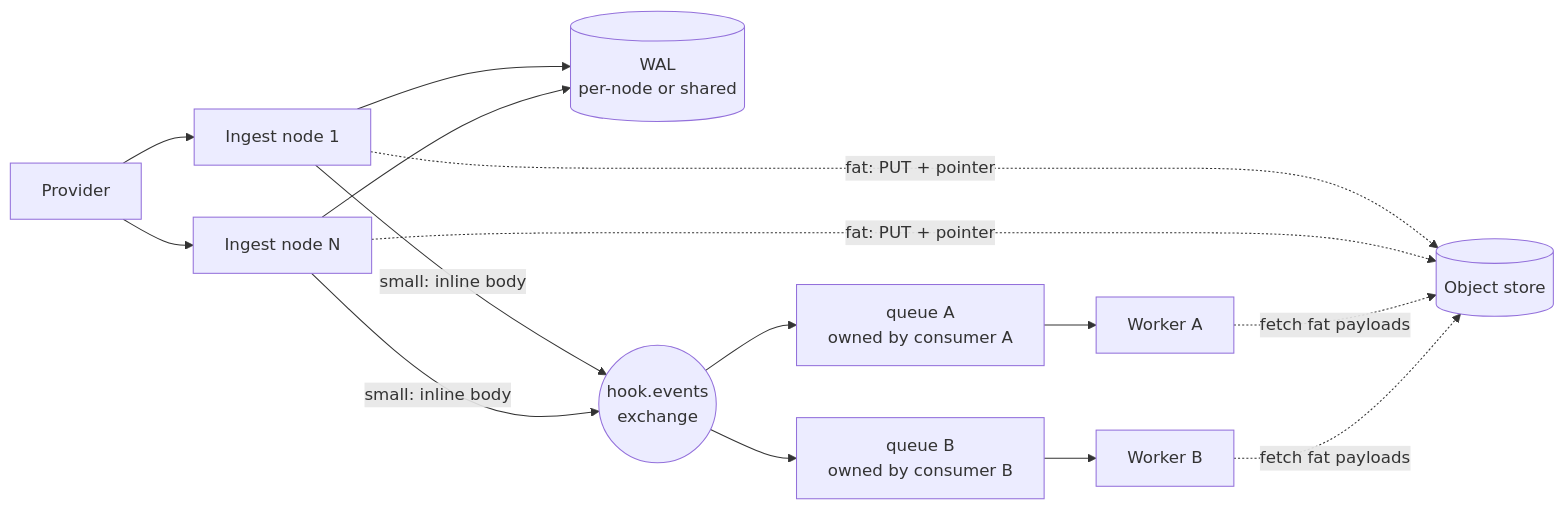
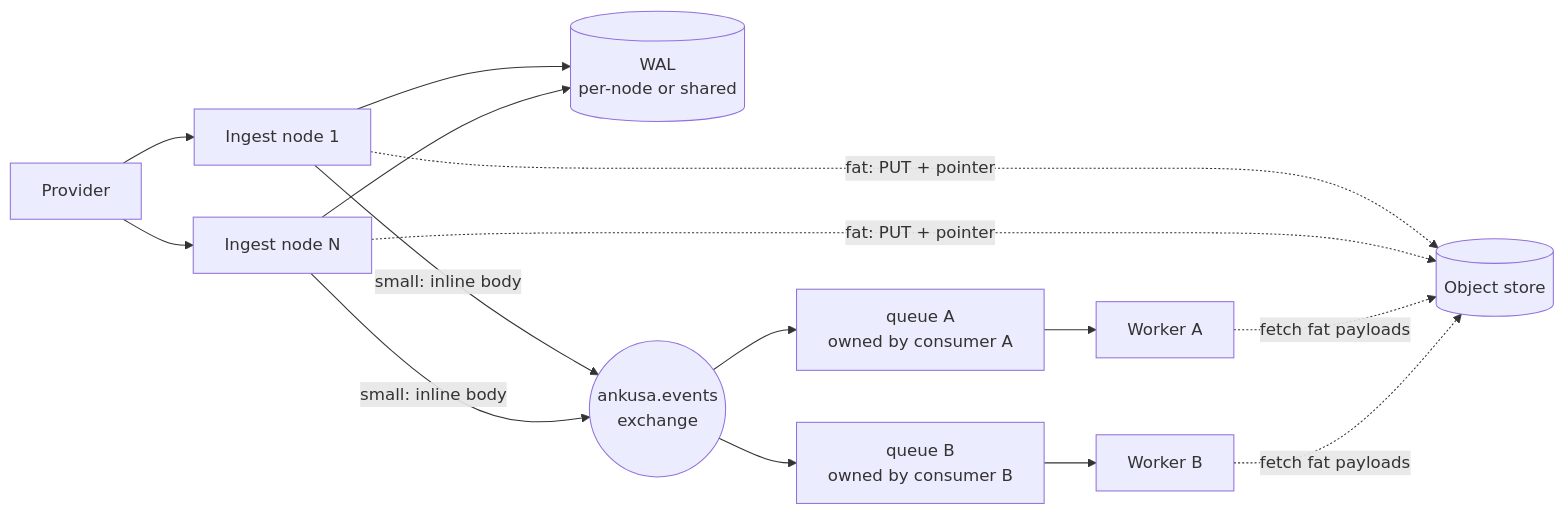
The fifth of 5 diagrams in docs/architecture.md (jamescarr/ankusa), drawn with Mermaid before and after one commit. The commit also changed other lines of this file and 7153 other files, not shown here.

Commit message:
chore: rename from generic Hook to Ankusa

````diff
--- a/docs/architecture.md
+++ b/docs/architecture.md
@@ -215,13 +215,13 @@
 ```mermaid
 flowchart LR
     P[Provider] --> E1[Ingest node 1]
     P --> E2[Ingest node N]
     E1 & E2 --> WAL[("WAL\nper-node or shared")]
-    E1 & E2 -->|small: inline body| X(("hook.events\nexchange"))
+    E1 & E2 -->|small: inline body| X(("ankusa.events\nexchange"))
     E1 & E2 -.fat: PUT + pointer.-> Obj[("Object store")]
     X --> QA[queue A\nowned by consumer A]
     X --> QB[queue B\nowned by consumer B]
     QA --> CA[Worker A]
     QB --> CB[Worker B]
     CA & CB -.fetch fat payloads.-> Obj
 ```
````
